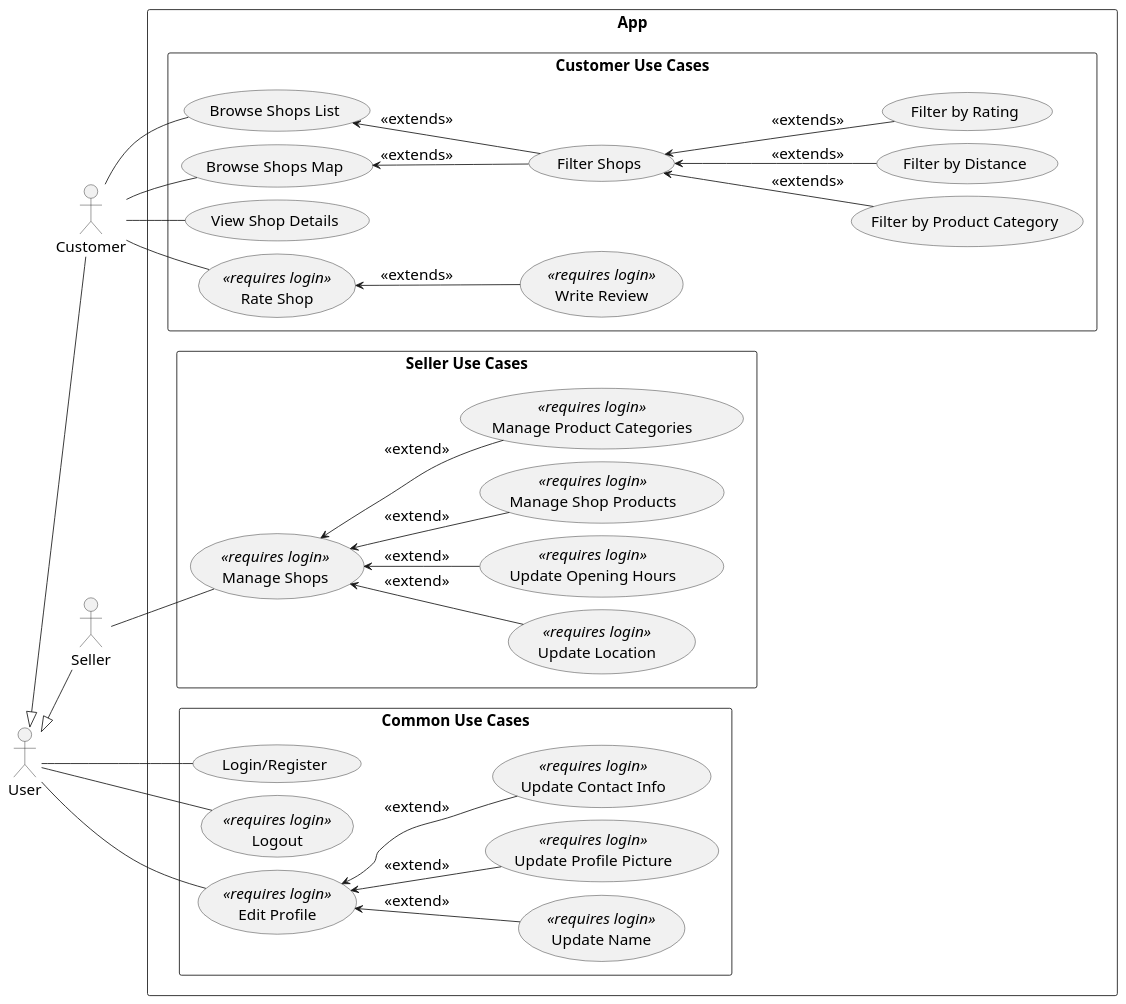
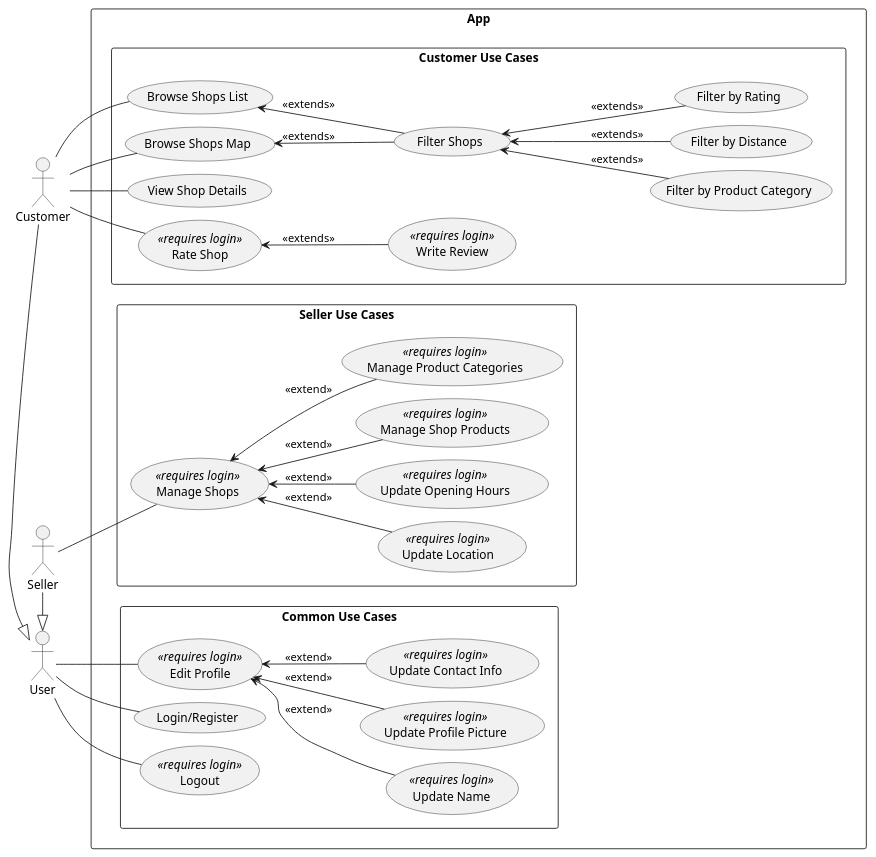
One commit to tondracek/my-farmer changed the diagram in docs/diagram/use_case_diagram.puml. Above: the diagram before and after it, drawn with PlantUML. The commit also changed 2 other files, not shown here.

```diff
--- a/docs/diagram/use_case_diagram.puml
+++ b/docs/diagram/use_case_diagram.puml
@@ -1,88 +1,87 @@
 @startuml
 
-skinparam defaultFontSize 18
 skinparam nodesep 15
 skinparam ranksep 15
 
 skinparam backgroundColor #FFFFFF
 left to right direction
 
 actor "User" as User
 actor "Customer" as Customer
 actor "Seller" as Seller
 
-User <|-- Customer
-User <|-- Seller
+Customer -|> User
+Seller -|> User
 
 rectangle "App" {
 
   rectangle "Common Use Cases" {
 
     usecase "Login/Register" as LoginRegisterCustomer
     usecase "Logout" as LogoutCustomer <<requires login>>
 
     User -- LoginRegisterCustomer
     User -- LogoutCustomer
 
     usecase "Edit Profile" as EditProfile <<requires login>>
 
     usecase "Update Name" as UpdateName <<requires login>>
     usecase "Update Profile Picture" as UpdateProfilePicture <<requires login>>
     usecase "Update Contact Info" as UpdateContactInfo <<requires login>>
 
     User -- EditProfile
 
     EditProfile <-- UpdateName : <<extend>>
     EditProfile <-- UpdateProfilePicture : <<extend>>
     EditProfile <-- UpdateContactInfo : <<extend>>
   }
 
   rectangle "Customer Use Cases" {
 
     usecase "Browse Shops List" as BrowseShopsList
     usecase "Browse Shops Map" as BrowseShopsMap
     usecase "View Shop Details" as ViewShopDetails
 
     usecase "Filter Shops" as FilterShops
 
     usecase "Filter by Product Category" as FilterByCategory
     usecase "Filter by Distance" as FilterByDistance
     usecase "Filter by Rating" as FilterByRating
 
     usecase "Rate Shop" as RateShop <<requires login>>
     usecase "Write Review" as WriteReview <<requires login>>
 
     Customer -- BrowseShopsList
     Customer -- BrowseShopsMap
 
     BrowseShopsList <-- FilterShops : <<extends>>
     BrowseShopsMap <-- FilterShops : <<extends>>
 
     FilterShops <-- FilterByCategory : <<extends>>
     FilterShops <-- FilterByDistance : <<extends>>
     FilterShops <-- FilterByRating : <<extends>>
 
     Customer -- ViewShopDetails
     Customer -- RateShop
     RateShop <-- WriteReview : <<extends>>
   }
 
   rectangle "Seller Use Cases" {
 
     usecase "Manage Shops" as ManageShops <<requires login>>
 
     usecase "Update Location" as UpdateLocation <<requires login>>
     usecase "Update Opening Hours" as UpdateOpeningHours <<requires login>>
     usecase "Manage Shop Products" as ManageShopProducts <<requires login>>
     usecase "Manage Product Categories" as ManageProductCategories <<requires login>>
 
     Seller -- ManageShops
 
     ManageShops <-- UpdateLocation : <<extend>>
     ManageShops <-- UpdateOpeningHours : <<extend>>
     ManageShops <-- ManageShopProducts : <<extend>>
     ManageShops <-- ManageProductCategories : <<extend>>
   }
 }
 
 @enduml
```
